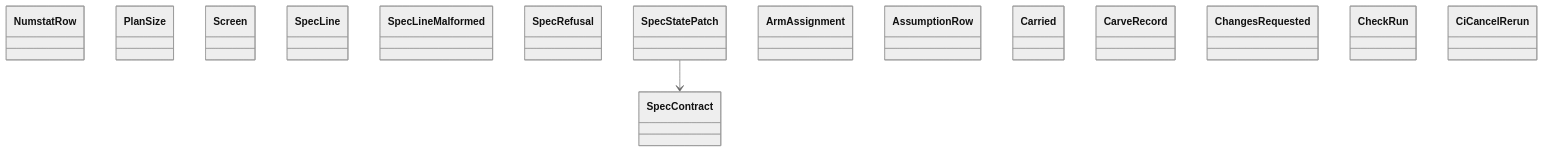
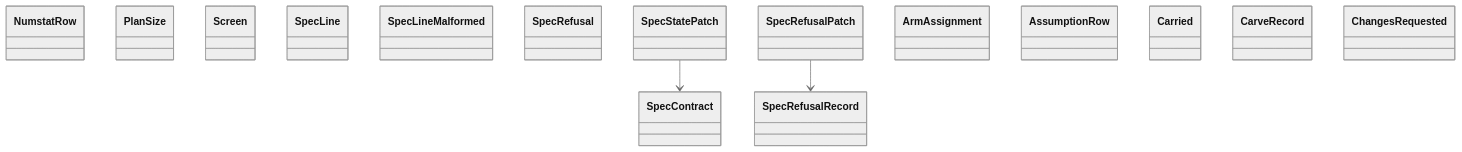
One commit to GonzaloZevallos/agentic-system changed the diagram in docs/architecture/generated/classes-process-domain-state-3.md. Above: the diagram before and after it, drawn with Mermaid (neutral theme). The commit also changed other lines of this file and 26 other files, not shown here.

First line of the commit message:
Add the unwired spec seam: SpecValidator port, spec_refusal key and route helpers

````diff
--- a/docs/architecture/generated/classes-process-domain-state-3.md
+++ b/docs/architecture/generated/classes-process-domain-state-3.md
@@ -28,19 +28,20 @@
 ```mermaid
 classDiagram
     class size_budget__NumstatRow["NumstatRow"]
     class size_budget__PlanSize["PlanSize"]
     class spec_delivery__Screen["Screen"]
     class spec_delivery__SpecContract["SpecContract"]
     class spec_delivery__SpecLine["SpecLine"]
     class spec_delivery__SpecLineMalformed["SpecLineMalformed"]
     class spec_delivery__SpecRefusal["SpecRefusal"]
+    class spec_delivery__SpecRefusalRecord["SpecRefusalRecord"]
     class spec_delivery__SpecStatePatch["SpecStatePatch"]
+    class spec_route__SpecRefusalPatch["SpecRefusalPatch"]
     class task__ArmAssignment["ArmAssignment"]
     class task__AssumptionRow["AssumptionRow"]
     class task__Carried["Carried"]
     class task__CarveRecord["CarveRecord"]
     class task__ChangesRequested["ChangesRequested"]
-    class task__CheckRun["CheckRun"]
-    class task__CiCancelRerun["CiCancelRerun"]
     spec_delivery__SpecStatePatch --> spec_delivery__SpecContract
+    spec_route__SpecRefusalPatch --> spec_delivery__SpecRefusalRecord
 ```
````
